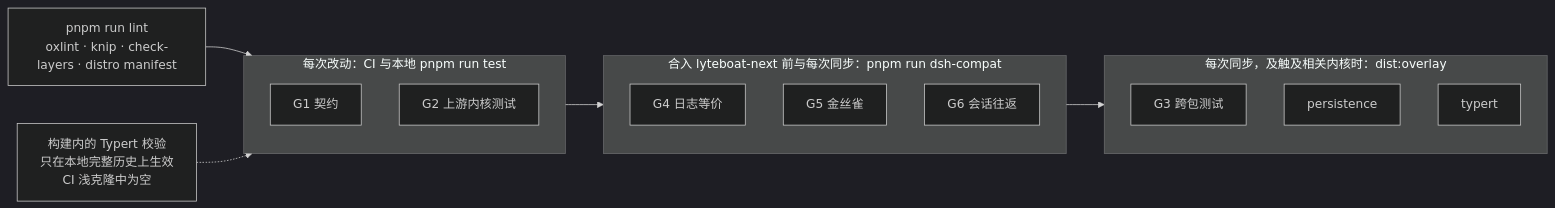
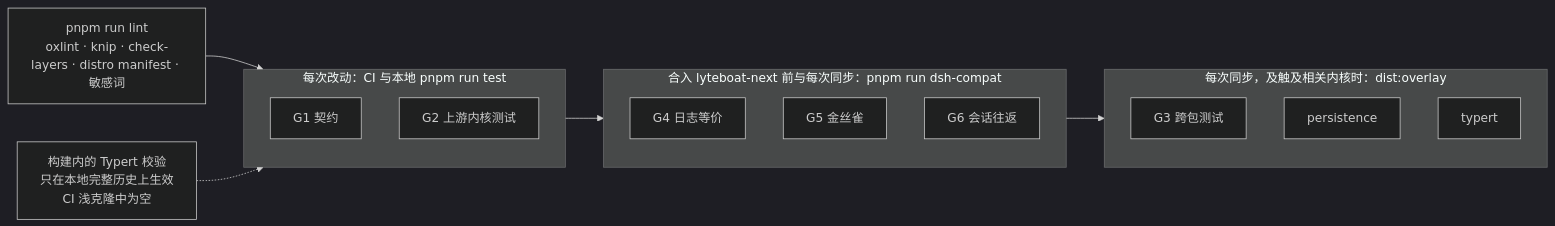
The tenth of 13 diagrams in docs/02-distribution.md (lyteboat/boat), drawn with Mermaid (dark theme) before and after one commit. The commit also changed other lines of this file and 5 other files, not shown here.

````diff
--- a/docs/02-distribution.md
+++ b/docs/02-distribution.md
@@ -995,23 +1015,23 @@
 ```mermaid
 flowchart LR
-  LINT["pnpm run lint<br/>oxlint · knip · check-layers · distro manifest"]
+  LINT["pnpm run lint<br/>oxlint · knip · check-layers · distro manifest · 敏感词"]
   subgraph EVERY["每次改动：CI 与本地 pnpm run test"]
     G1["G1 契约"]
     G2["G2 上游内核测试"]
   end
   TYB["构建内的 Typert 校验<br/>只在本地完整历史上生效<br/>CI 浅克隆中为空"]
   subgraph PRE["合入 lyteboat-next 前与每次同步：pnpm run dsh-compat"]
     G4["G4 日志等价"]
     G5["G5 金丝雀"]
     G6["G6 会话往返"]
   end
   subgraph SYNC["每次同步，及触及相关内核时：dist:overlay"]
     G3["G3 跨包测试"]
     PS["persistence"]
     TY["typert"]
   end
   LINT --> EVERY
   TYB -.-> EVERY
   EVERY --> PRE
   PRE --> SYNC
 ```
````
